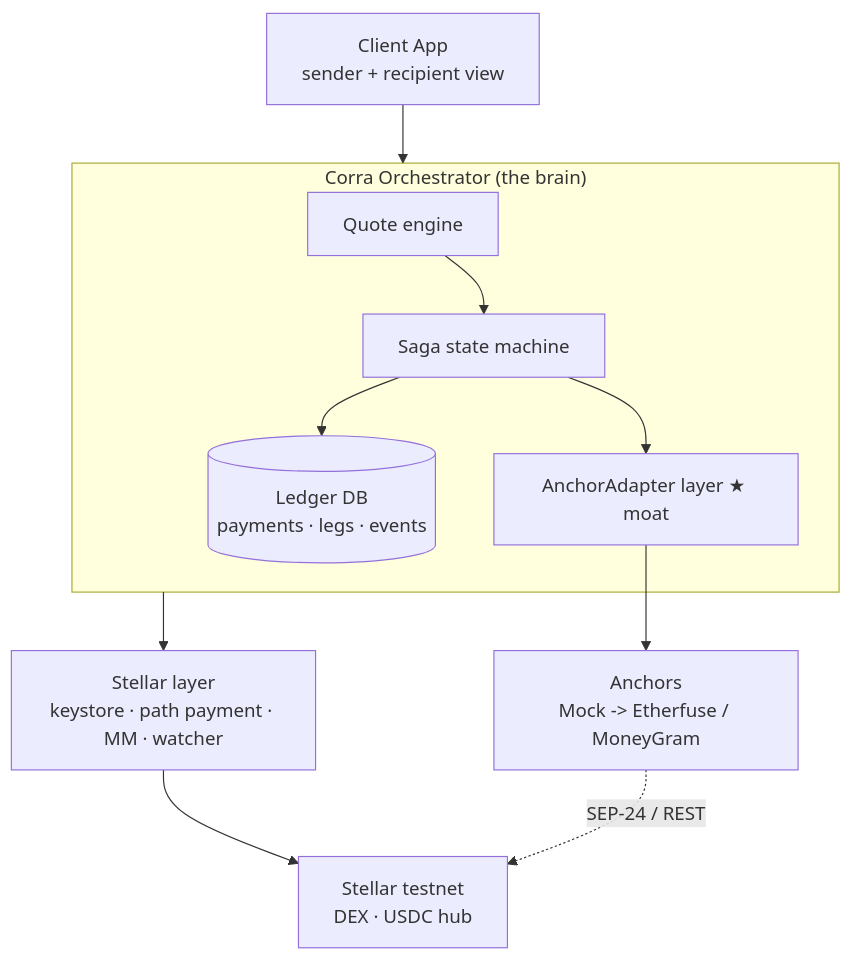
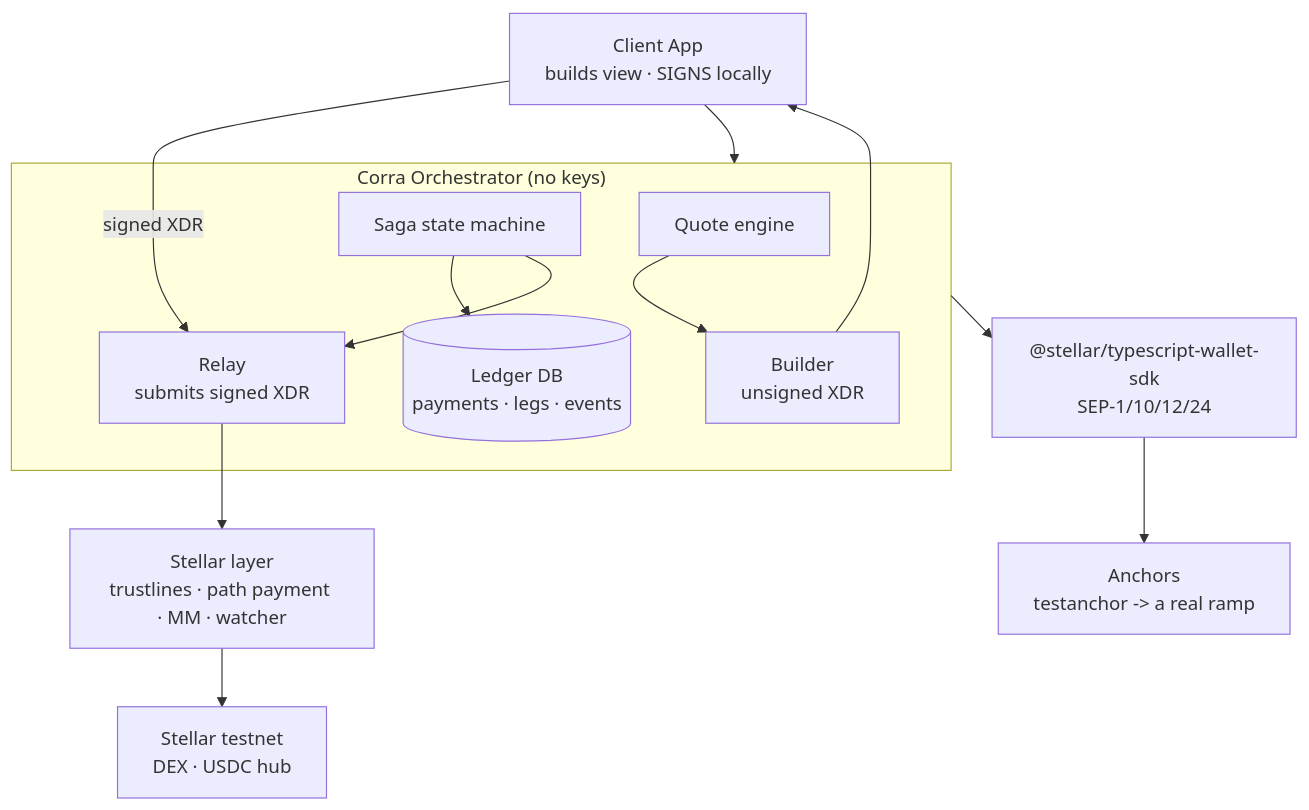
Before and after one commit to yigitcangokmen/corramoney: the first of 3 diagrams in docs/architecture.md, drawn with Mermaid. The commit also changed other lines of this file and 4 other files, not shown here.

First line of the commit message:
docs: rewrite around the non-custodial architecture

````diff
--- a/docs/architecture.md
+++ b/docs/architecture.md
@@ -140,22 +143,26 @@
 ```mermaid
 flowchart TB
-    App["Client App<br/>sender + recipient view"]
-    subgraph Core["Corra Orchestrator (the brain)"]
+    App["Client App<br/>builds view · SIGNS locally"]
+    subgraph Core["Corra Orchestrator (no keys)"]
         Q["Quote engine"]
+        B["Builder<br/>unsigned XDR"]
         SAGA["Saga state machine"]
-        ADP["AnchorAdapter layer ★ moat"]
+        REL["Relay<br/>submits signed XDR"]
         LED[("Ledger DB<br/>payments · legs · events")]
     end
-    STL["Stellar layer<br/>keystore · path payment · MM · watcher"]
-    ANC["Anchors<br/>Mock -> Etherfuse / MoneyGram"]
+    SDK["@stellar/typescript-wallet-sdk<br/>SEP-1/10/12/24"]
+    STL["Stellar layer<br/>trustlines · path payment · MM · watcher"]
+    ANC["Anchors<br/>testanchor -> a real ramp"]
     NET["Stellar testnet<br/>DEX · USDC hub"]
 
     App --> Core
-    Q --> SAGA
-    SAGA --> ADP
+    Q --> B
+    B --> App
+    App -- "signed XDR" --> REL
     SAGA --> LED
-    ADP --> ANC
-    Core --> STL
+    SAGA --> REL
+    Core --> SDK
+    SDK --> ANC
+    REL --> STL
     STL --> NET
-    ANC -. "SEP-24 / REST" .-> NET
 ```
````
